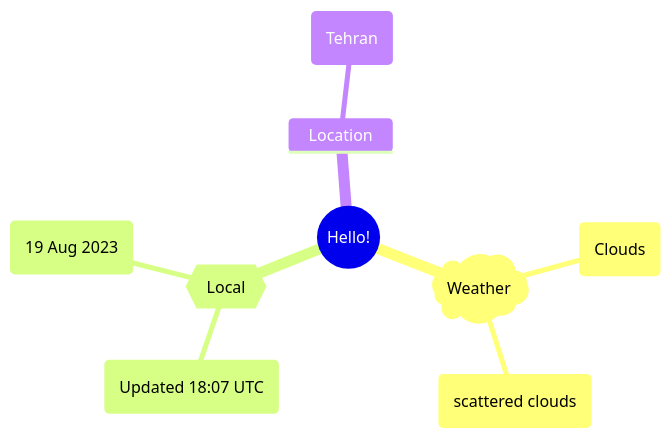
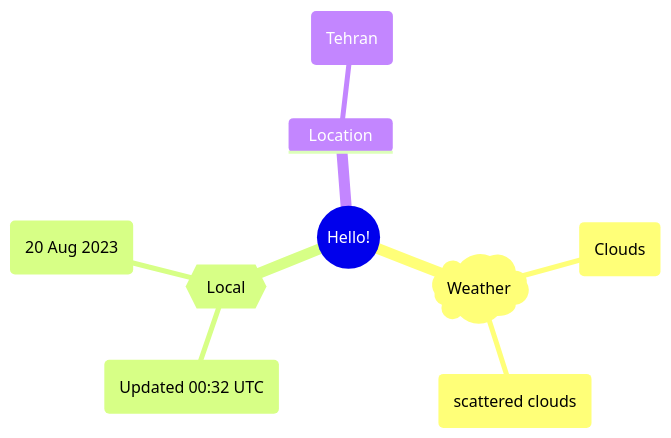
The first of 2 diagrams in README.md (Xosrov/Xosrov), drawn with Mermaid before and after one commit.

Commit message:
[bot] updated images

````diff
--- a/README.md
+++ b/README.md
@@ -3,12 +3,12 @@
 ```mermaid
 mindmap
   root((Hello!))
     )Weather(
         (Clouds)
         (scattered clouds)
     {{Local}}
-        (Updated 18:07 UTC)
-        (19 Aug 2023)
+        (Updated 00:32 UTC)
+        (20 Aug 2023)
     Location
         (Tehran)
 ```
````
